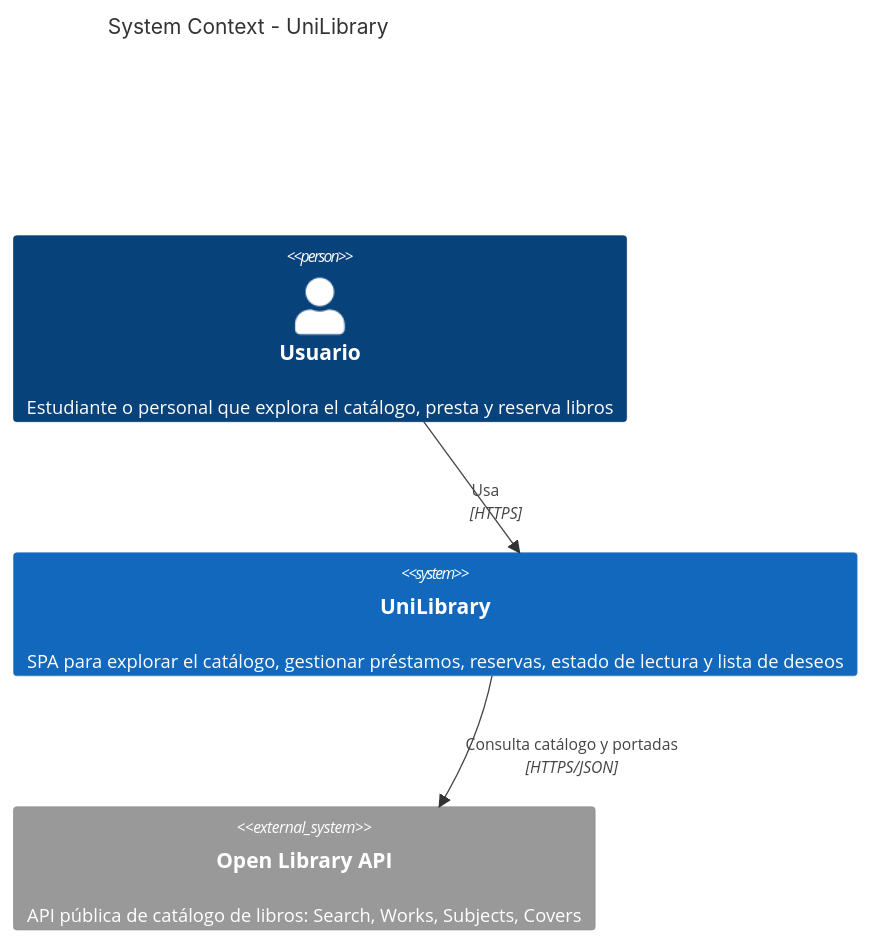
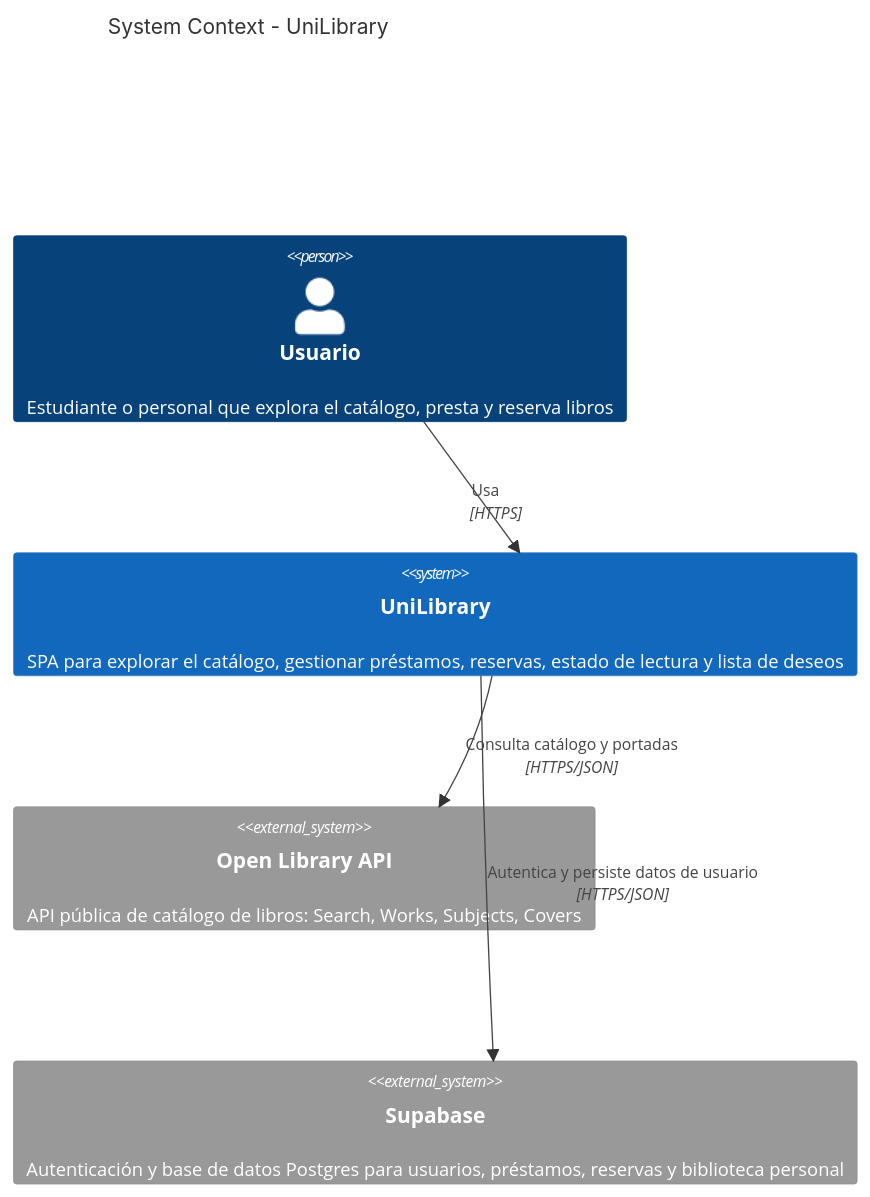
Before and after one commit to Jhon6723/capstone-web-dev: the first of 4 diagrams in docs/architecture/architecture.md, drawn with Mermaid. The commit also changed other lines of this file and 3 other files, not shown here.

````diff
--- a/docs/architecture/architecture.md
+++ b/docs/architecture/architecture.md
@@ -11,13 +11,15 @@
 ```mermaid
 C4Context
     title System Context - UniLibrary
 
     Person(user, "Usuario", "Estudiante o personal que explora el catálogo, presta y reserva libros")
 
     System(unilibrary, "UniLibrary", "SPA para explorar el catálogo, gestionar préstamos, reservas, estado de lectura y lista de deseos")
 
     System_Ext(openLibrary, "Open Library API", "API pública de catálogo de libros: Search, Works, Subjects, Covers")
+    System_Ext(supabase, "Supabase", "Autenticación y base de datos Postgres para usuarios, préstamos, reservas y biblioteca personal")
 
     Rel(user, unilibrary, "Usa", "HTTPS")
     Rel(unilibrary, openLibrary, "Consulta catálogo y portadas", "HTTPS/JSON")
+    Rel(unilibrary, supabase, "Autentica y persiste datos de usuario", "HTTPS/JSON")
 ```
````
